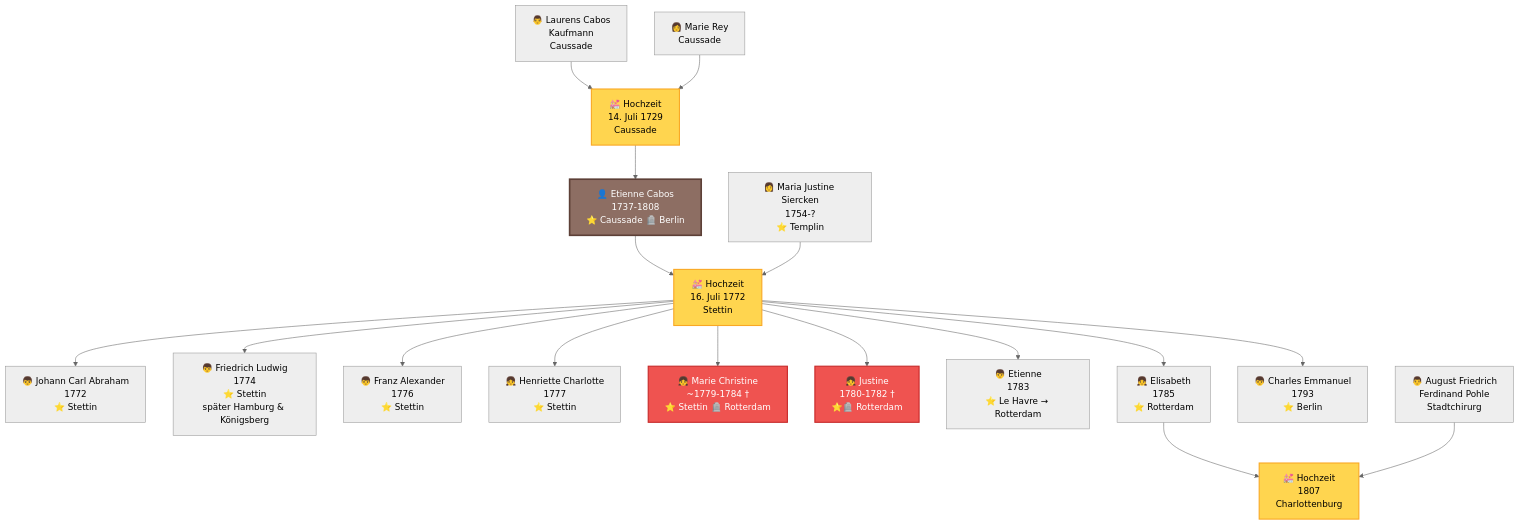
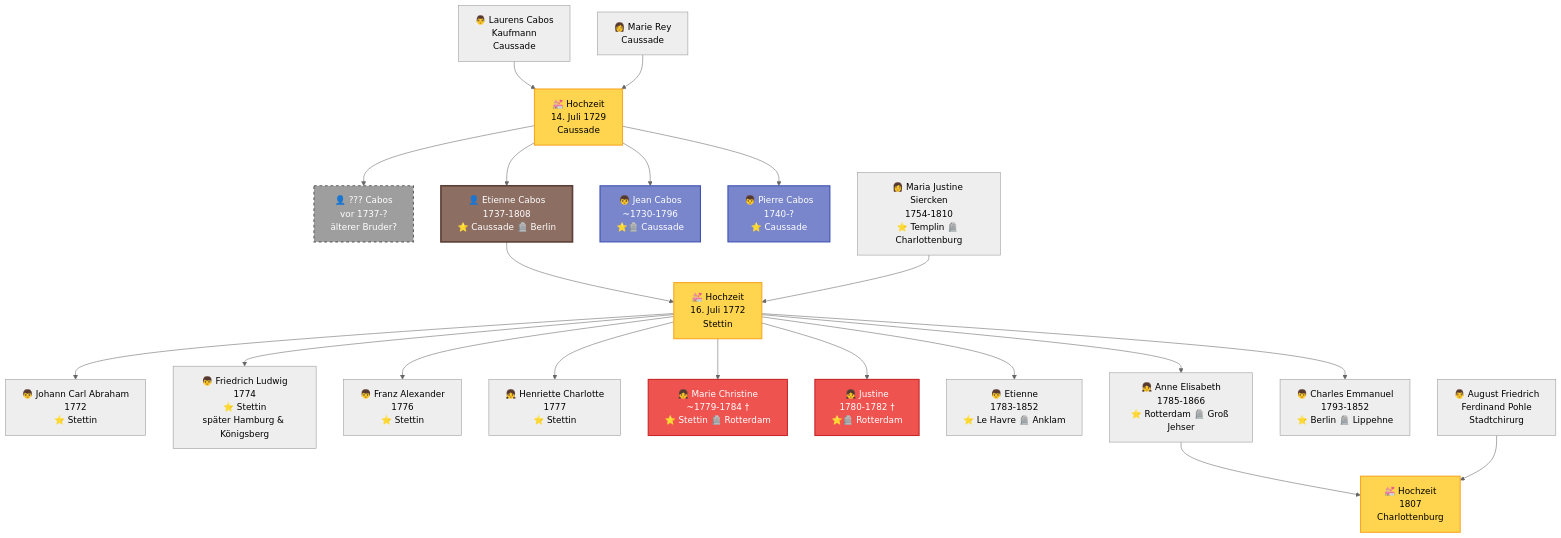
Before and after one commit to ccabos/Etienne: the first of 2 diagrams in docs/stammbaum.en.md, drawn with Mermaid (neutral theme). The commit also changed other lines of this file and 5 other files, not shown here.

````diff
--- a/docs/stammbaum.en.md
+++ b/docs/stammbaum.en.md
@@ -9,34 +9,42 @@
 ```mermaid
 graph TD
     A["👨 Laurens Cabos<br/>Kaufmann<br/>Caussade"] --> H1["💒 Hochzeit<br/>14. Juli 1729<br/>Caussade"]
     B["👩 Marie Rey<br/>Caussade"] --> H1
 
+    H1 --> S0["👤 ??? Cabos<br/>vor 1737-?<br/>älterer Bruder?"]
     H1 --> C["👤 Etienne Cabos<br/>1737-1808<br/>⭐ Caussade 🪦 Berlin"]
+    H1 --> S1["👦 Jean Cabos<br/>~1730-1796<br/>⭐🪦 Caussade"]
+    H1 --> S2["👦 Pierre Cabos<br/>1740-?<br/>⭐ Caussade"]
 
     C --> H2["💒 Hochzeit<br/>16. Juli 1772<br/>Stettin"]
-    D["👩 Maria Justine Siercken<br/>1754-?<br/>⭐ Templin"] --> H2
+    D["👩 Maria Justine Siercken<br/>1754-1810<br/>⭐ Templin 🪦 Charlottenburg"] --> H2
 
     H2 --> E1["👦 Johann Carl Abraham<br/>1772<br/>⭐ Stettin"]
     H2 --> E2["👦 Friedrich Ludwig<br/>1774<br/>⭐ Stettin<br/>später Hamburg & Königsberg"]
     H2 --> E3["👦 Franz Alexander<br/>1776<br/>⭐ Stettin"]
     H2 --> E4["👧 Henriette Charlotte<br/>1777<br/>⭐ Stettin"]
     H2 --> E5["👧 Marie Christine<br/>~1779-1784 †<br/>⭐ Stettin 🪦 Rotterdam"]
     H2 --> E6["👧 Justine<br/>1780-1782 †<br/>⭐🪦 Rotterdam"]
-    H2 --> E7["👦 Etienne<br/>1783<br/>⭐ Le Havre → Rotterdam"]
-    H2 --> E8["👧 Elisabeth<br/>1785<br/>⭐ Rotterdam"]
-    H2 --> E9["👦 Charles Emmanuel<br/>1793<br/>⭐ Berlin"]
+    H2 --> E7["👦 Etienne<br/>1783-1852<br/>⭐ Le Havre 🪦 Anklam"]
+    H2 --> E8["👧 Anne Elisabeth<br/>1785-1866<br/>⭐ Rotterdam 🪦 Groß Jehser"]
+    H2 --> E9["👦 Charles Emmanuel<br/>1793-1852<br/>⭐ Berlin 🪦 Lippehne"]
 
     E8 --> H3["💒 Hochzeit<br/>1807<br/>Charlottenburg"]
     F["👨 August Friedrich<br/>Ferdinand Pohle<br/>Stadtchirurg"] --> H3
 
     style C fill:#8d6e63,stroke:#5d4037,stroke-width:3px,color:#fff
+    style S0 fill:#9e9e9e,stroke:#616161,stroke-width:2px,stroke-dasharray:5,color:#fff
+    style S1 fill:#7986cb,stroke:#3f51b5,stroke-width:2px,color:#fff
+    style S2 fill:#7986cb,stroke:#3f51b5,stroke-width:2px,color:#fff
     style E5 fill:#ef5350,stroke:#c62828,stroke-width:2px,color:#fff
     style E6 fill:#ef5350,stroke:#c62828,stroke-width:2px,color:#fff
     style H1 fill:#ffd54f,stroke:#f9a825,stroke-width:2px
     style H2 fill:#ffd54f,stroke:#f9a825,stroke-width:2px
     style H3 fill:#ffd54f,stroke:#f9a825,stroke-width:2px
 
     classDef mainPerson fill:#8d6e63,stroke:#5d4037,stroke-width:3px,color:#fff
+    classDef sibling fill:#7986cb,stroke:#3f51b5,stroke-width:2px,color:#fff
+    classDef unknown fill:#9e9e9e,stroke:#616161,stroke-width:2px,stroke-dasharray:5,color:#fff
     classDef deceased fill:#ef5350,stroke:#c62828,stroke-width:2px,color:#fff
     classDef marriage fill:#ffd54f,stroke:#f9a825,stroke-width:2px
 ```
````
